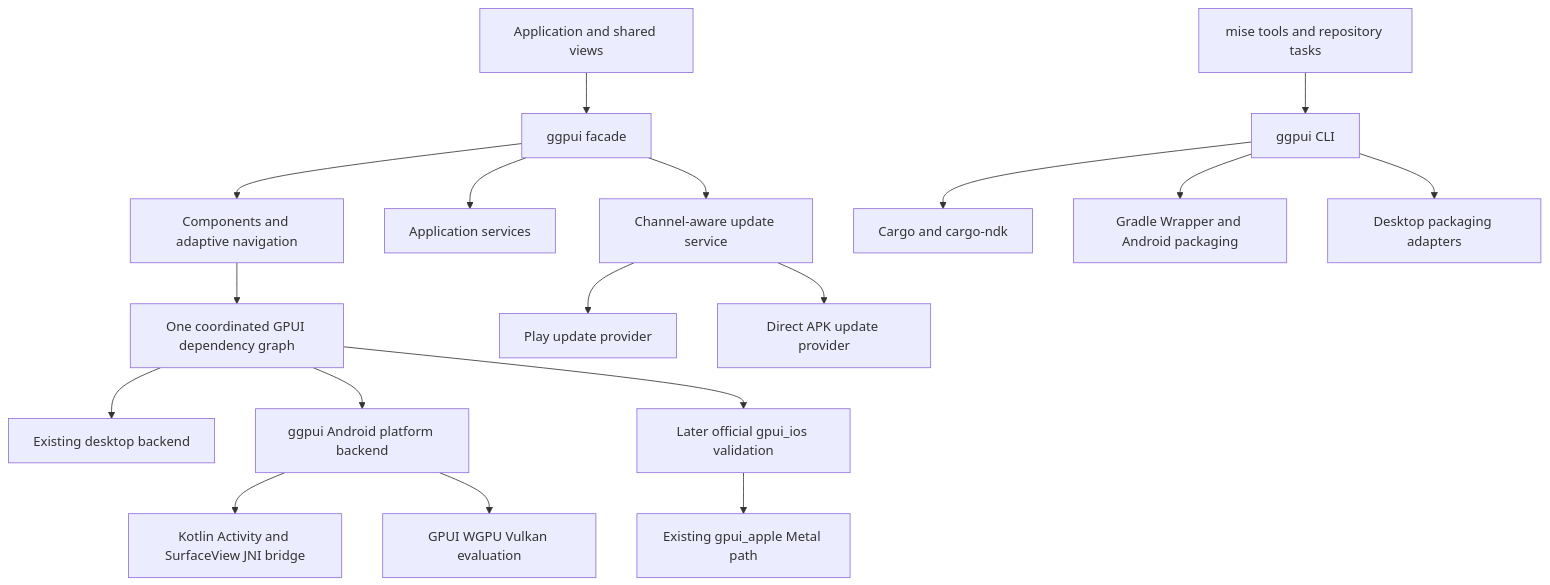
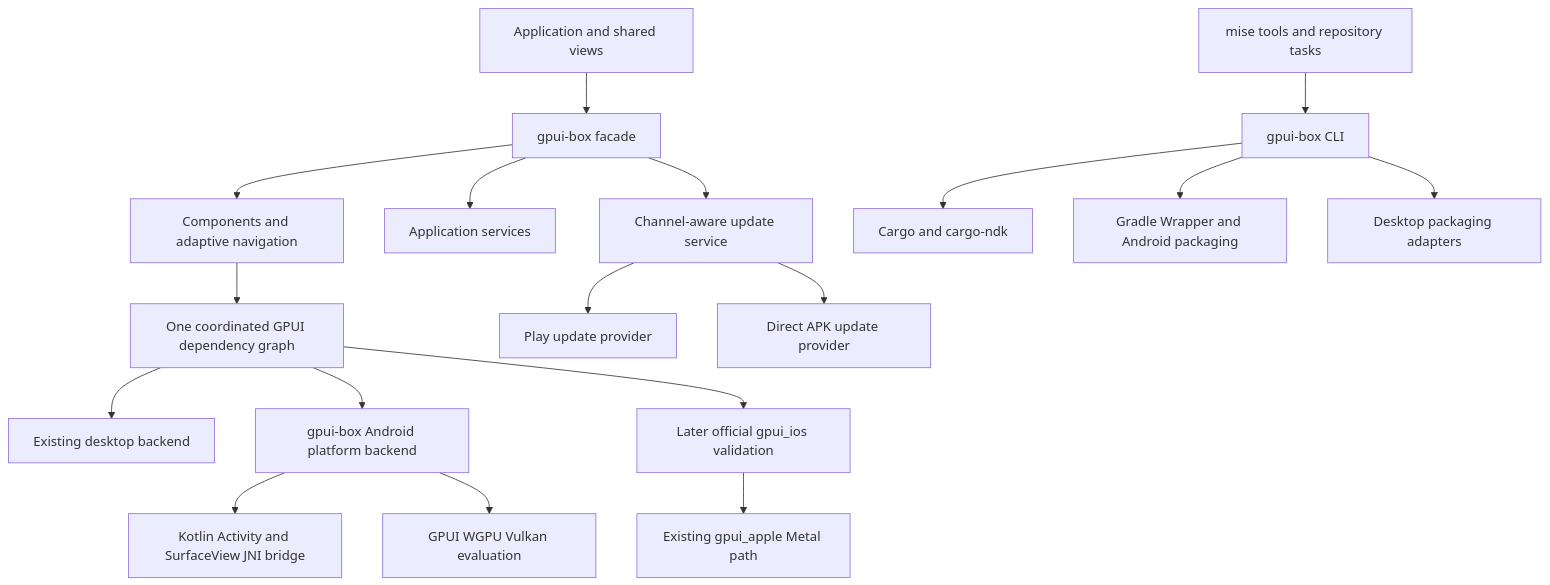
The diagram in docs/PROJECT_PLAN.md (jihuayu/gpui-box), drawn with Mermaid before and after one commit. The commit also changed other lines of this file and 4 other files, not shown here.

Commit message:
docs: adopt gpui-box name and plan Android system composition

````diff
--- a/docs/PROJECT_PLAN.md
+++ b/docs/PROJECT_PLAN.md
@@ -89,20 +89,20 @@
 ```mermaid
 flowchart TB
-    App[Application and shared views] --> Facade[ggpui facade]
+    App[Application and shared views] --> Facade[gpui-box facade]
     Facade --> UI[Components and adaptive navigation]
     Facade --> Services[Application services]
     Facade --> Updates[Channel-aware update service]
     UI --> Core[One coordinated GPUI dependency graph]
     Core --> Desktop[Existing desktop backend]
-    Core --> Android[ggpui Android platform backend]
+    Core --> Android[gpui-box Android platform backend]
     Android --> Host[Kotlin Activity and SurfaceView JNI bridge]
     Android --> GPU[GPUI WGPU Vulkan evaluation]
     Core --> IOS[Later official gpui_ios validation]
     IOS --> Apple[Existing gpui_apple Metal path]
     Updates --> Play[Play update provider]
     Updates --> APK[Direct APK update provider]
-    CLI[ggpui CLI] --> Cargo[Cargo and cargo-ndk]
+    CLI[gpui-box CLI] --> Cargo[Cargo and cargo-ndk]
     CLI --> Gradle[Gradle Wrapper and Android packaging]
     CLI --> DesktopBundle[Desktop packaging adapters]
     Mise[mise tools and repository tasks] --> CLI
 ```
````
